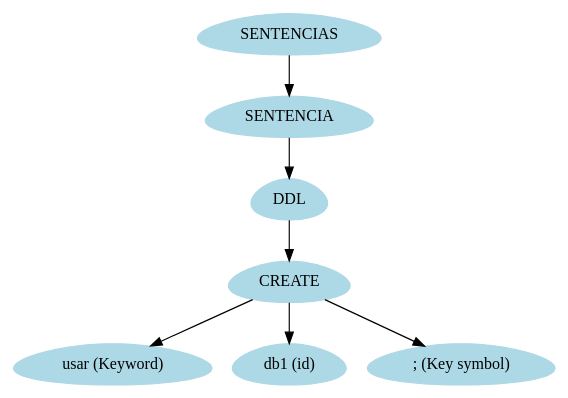
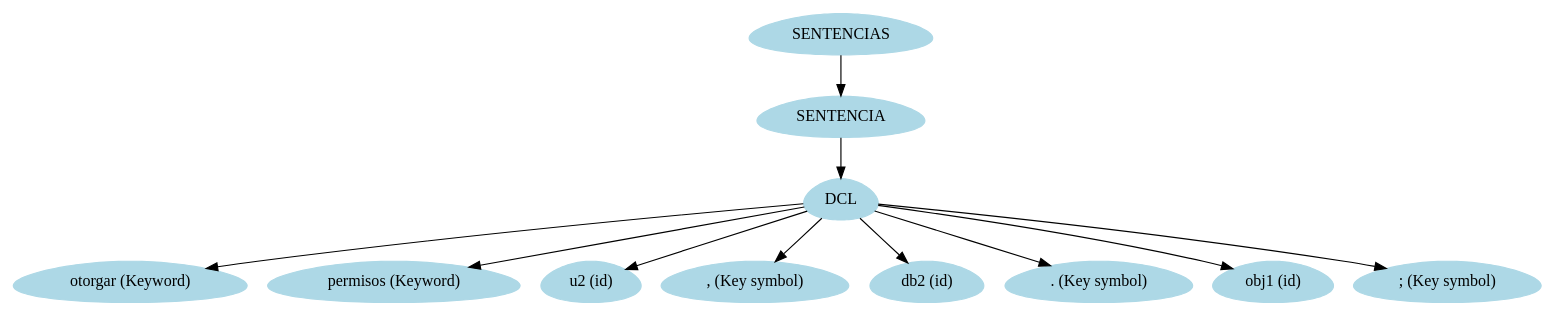
Before and after one commit to Losajhonny/FI-SQL: the diagram in [OLC2]Proyecto1_201325583/ServidorDB/bin/Debug/arbolAst.dot, drawn with Graphviz. The commit also changed 27 other files, not shown here.

Commit message:
DDL 90% DML 0% DCL 100% SSL 80%

```diff
--- a/[OLC2]Proyecto1_201325583/ServidorDB/bin/Debug/arbolAst.dot
+++ b/[OLC2]Proyecto1_201325583/ServidorDB/bin/Debug/arbolAst.dot
@@ -1,16 +1,24 @@
 digraph grafo{
 node [shape = egg];
 4094363[label="SENTENCIAS", style = filled, color = lightblue];
 36849274[label="SENTENCIA", style = filled, color = lightblue];
 4094363->36849274;
-63208015[label="DDL", style = filled, color = lightblue];
+63208015[label="DCL", style = filled, color = lightblue];
 36849274->63208015;
-32001227[label="CREATE", style = filled, color = lightblue];
+32001227[label="otorgar (Keyword)", style = filled, color = lightblue];
 63208015->32001227;
-19575591[label="usar (Keyword)", style = filled, color = lightblue];
-32001227->19575591;
-41962596[label="db1 (id)", style = filled, color = lightblue];
-32001227->41962596;
-42119052[label="; (Key symbol)", style = filled, color = lightblue];
-32001227->42119052;
+19575591[label="permisos (Keyword)", style = filled, color = lightblue];
+63208015->19575591;
+41962596[label="u2 (id)", style = filled, color = lightblue];
+63208015->41962596;
+42119052[label=", (Key symbol)", style = filled, color = lightblue];
+63208015->42119052;
+43527150[label="db2 (id)", style = filled, color = lightblue];
+63208015->43527150;
+56200037[label=". (Key symbol)", style = filled, color = lightblue];
+63208015->56200037;
+36038289[label="obj1 (id)", style = filled, color = lightblue];
+63208015->36038289;
+55909147[label="; (Key symbol)", style = filled, color = lightblue];
+63208015->55909147;
 }
```
